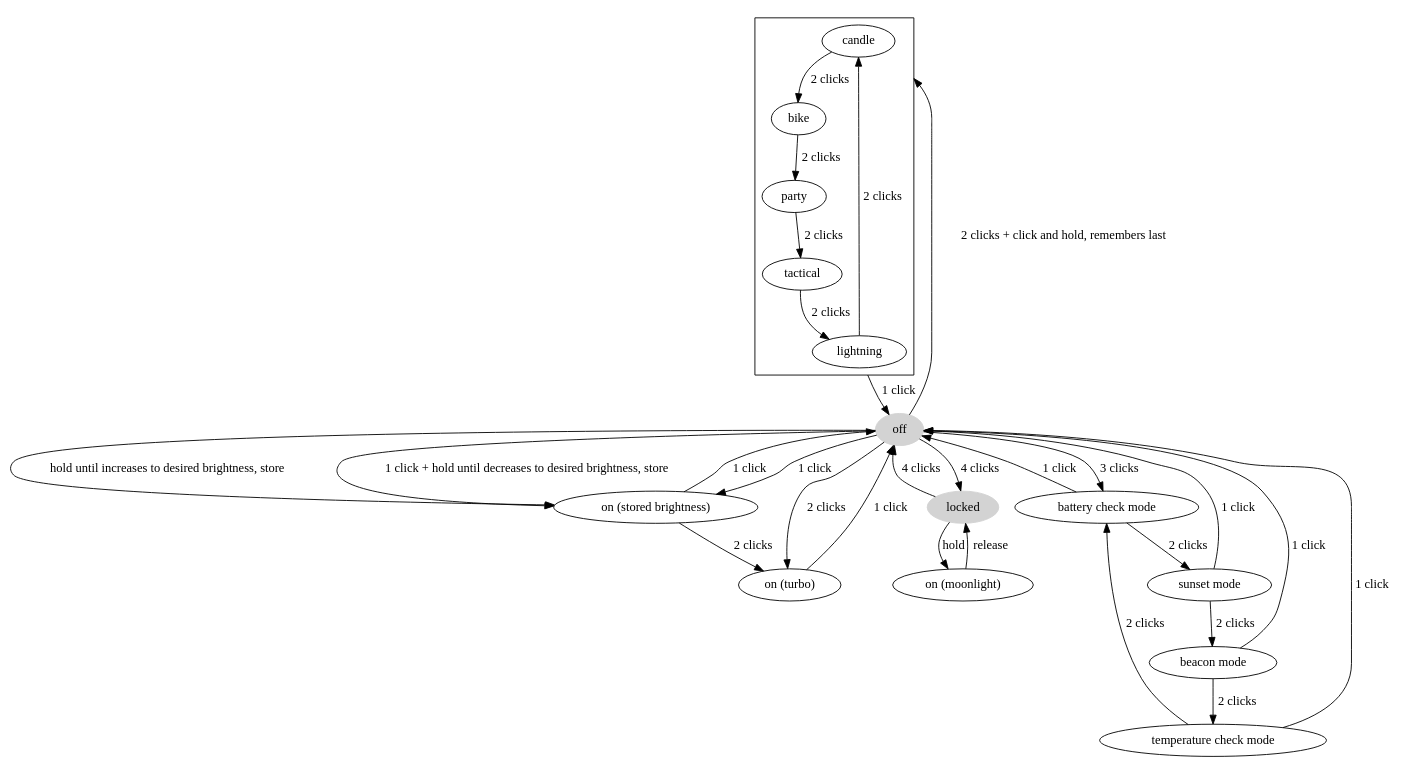
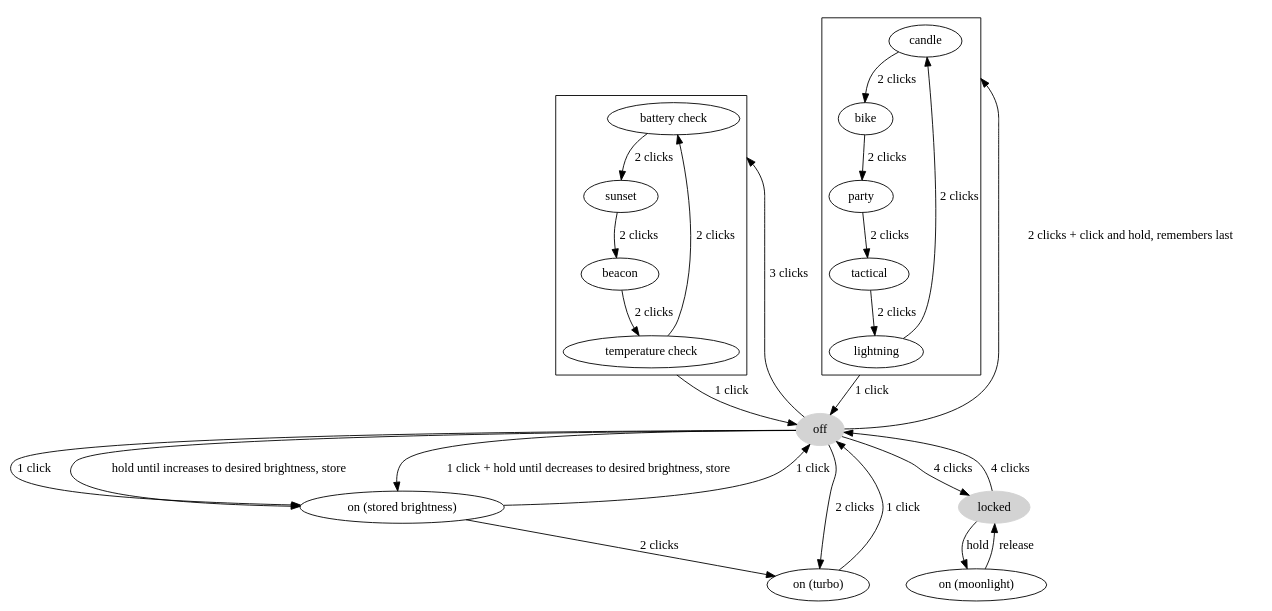
The diagram in ui.dot (mmb/anduril-ui-diagram), drawn with Graphviz before and after one commit. The commit also changed 2 other files, not shown here.

Commit message:
Use subgraph for utility mode

```diff
--- a/ui.dot
+++ b/ui.dot
@@ -1,42 +1,38 @@
 digraph {
   compound=true
 
   off[style="filled",color="lightgrey"]
   off -> "on (stored brightness)"[label="1 click"];
   off -> "on (stored brightness)"[label="hold until increases to desired brightness, store"];
   off -> "on (turbo)"[label="2 clicks"];
   off -> "on (stored brightness)"[label="1 click + hold until decreases to desired brightness, store"];
   off -> locked[label="4 clicks"];
-  off -> "battery check mode"[label="3 clicks"];
+
+  off -> "battery check"[label="3 clicks",lhead="cluster_utility"];
+  "temperature check" -> off[label="1 click",ltail="cluster_utility"]
+  subgraph cluster_utility {
+    "battery check" -> "sunset"[label="2 clicks"]
+    sunset -> beacon[label="2 clicks"]
+    beacon -> "temperature check"[label="2 clicks"]
+    "temperature check" -> "battery check"[label="2 clicks"]
+  }
 
   off -> candle[label="2 clicks + click and hold, remembers last",lhead="cluster_strobe"];
   lightning -> off[label="1 click",ltail="cluster_strobe"];
   subgraph cluster_strobe {
     candle -> bike[label="2 clicks"]
     bike -> party[label="2 clicks"]
     party -> tactical[label="2 clicks"]
     tactical -> lightning[label="2 clicks"]
     lightning -> "candle"[label="2 clicks"]
   }
 
   locked[style="filled",color="lightgrey"]
   locked -> off[label="4 clicks"];
   locked -> "on (moonlight)"[label="hold"];
 
   "on (moonlight)" -> "locked"[label="release"];
   "on (stored brightness)" -> off[label="1 click"];
   "on (stored brightness)" -> "on (turbo)"[label="2 clicks"];
   "on (turbo)" -> off[label="1 click"];
-
-  "battery check mode" -> "sunset mode"[label="2 clicks"]
-  "battery check mode" -> off[label="1 click"]
-
-  "sunset mode" -> "beacon mode"[label="2 clicks"]
-  "sunset mode" -> off[label="1 click"]
-
-  "beacon mode" -> "temperature check mode"[label="2 clicks"]
-  "beacon mode" -> off[label="1 click"]
-
-  "temperature check mode" -> "battery check mode"[label="2 clicks"]
-  "temperature check mode" -> off[label="1 click"]
 }
```
